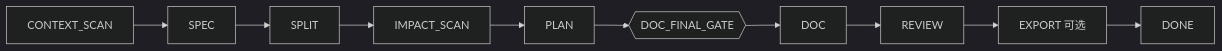
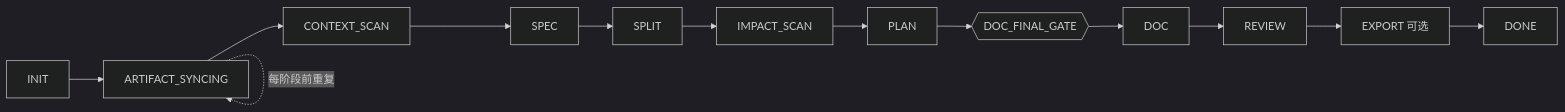
One commit to lzwcyd/prd-to-design changed the diagram in README.md. Above: the diagram before and after it, drawn with Mermaid (dark theme). The commit also changed other lines of this file and 10 other files, not shown here.

````diff
--- a/README.md
+++ b/README.md
@@ -78,12 +78,15 @@
 ```mermaid
 flowchart LR
-    contextScan[CONTEXT_SCAN] --> spec[SPEC]
+    init[INIT] --> sync[ARTIFACT_SYNCING]
+    sync -. 每阶段前重复 .-> sync
+    sync --> contextScan[CONTEXT_SCAN]
+    contextScan --> spec[SPEC]
     spec --> split[SPLIT]
     split --> impactScan[IMPACT_SCAN]
     impactScan --> plan[PLAN]
     plan --> docGate{{DOC_FINAL_GATE}}
     docGate --> doc[DOC]
     doc --> review[REVIEW]
     review --> exportNode[EXPORT 可选]
     exportNode --> doneNode[DONE]
 ```
````
